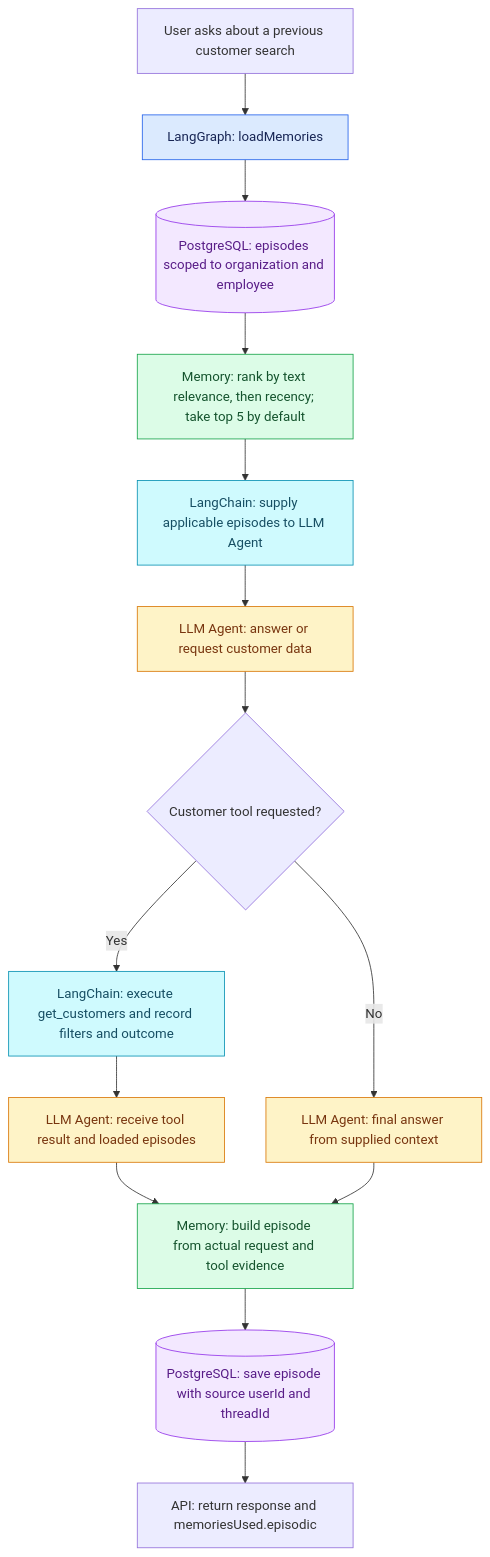
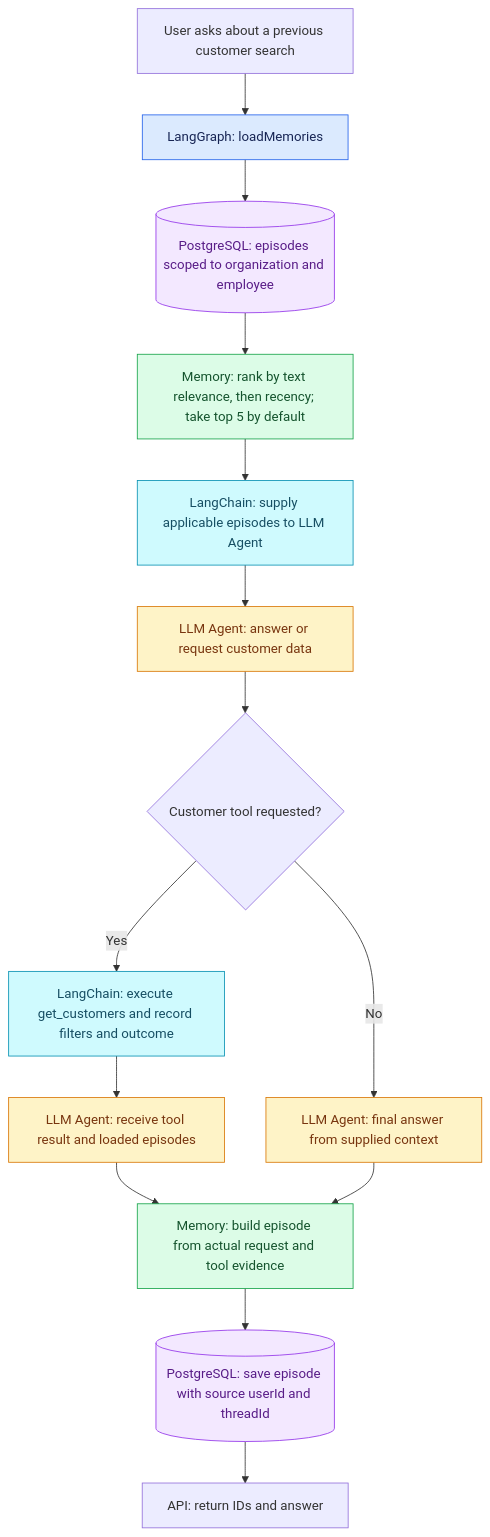
The second of 3 diagrams in docs/memory-search-flowcharts.md (kamran186/langchain), drawn with Mermaid before and after one commit. The commit also changed other lines of this file and 6 other files, not shown here.

Commit message:
refactor: return only chat identifiers and answer

````diff
--- a/docs/memory-search-flowcharts.md
+++ b/docs/memory-search-flowcharts.md
@@ -51,26 +51,26 @@
 ```mermaid
 flowchart TD
     userPrompt["User asks about a previous customer search"] --> loadNode["LangGraph: loadMemories"]
     loadNode --> episodeDb[("PostgreSQL: episodes scoped to organization and employee")]
     episodeDb --> episodeRank["Memory: rank by text relevance, then recency; take top 5 by default"]
     episodeRank --> planningContext["LangChain: supply applicable episodes to LLM Agent"]
     planningContext --> episodeAgent["LLM Agent: answer or request customer data"]
     episodeAgent --> needsTool{"Customer tool requested?"}
     needsTool -- Yes --> customerTool["LangChain: execute get_customers and record filters and outcome"]
     customerTool --> finalWithTool["LLM Agent: receive tool result and loaded episodes"]
     needsTool -- No --> finalWithoutTool["LLM Agent: final answer from supplied context"]
     finalWithTool --> episodeSave["Memory: build episode from actual request and tool evidence"]
     finalWithoutTool --> episodeSave
     episodeSave --> episodeDbWrite[("PostgreSQL: save episode with source userId and threadId")]
-    episodeDbWrite --> episodeResponse["API: return response and memoriesUsed.episodic"]
+    episodeDbWrite --> episodeResponse["API: return IDs and answer"]
     classDef graphNode fill:#dbeafe,stroke:#2563eb,color:#172554
     classDef memoryNode fill:#dcfce7,stroke:#16a34a,color:#14532d
     classDef chainNode fill:#cffafe,stroke:#0891b2,color:#164e63
     classDef agentNode fill:#fef3c7,stroke:#d97706,color:#78350f
     classDef dataNode fill:#f3e8ff,stroke:#9333ea,color:#581c87
     class loadNode graphNode
     class episodeRank,episodeSave memoryNode
     class planningContext,customerTool chainNode
     class episodeAgent,finalWithTool,finalWithoutTool agentNode
     class episodeDb,episodeDbWrite dataNode
 ```
````
